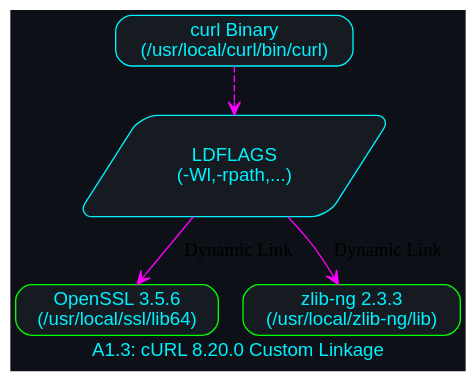
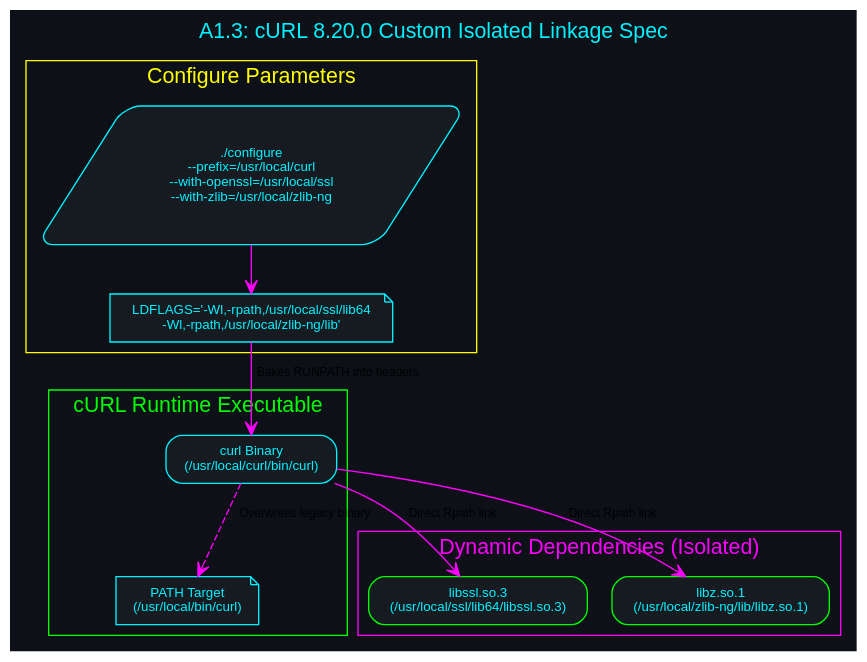
One commit to danindiana/hybrid-framework changed the diagram in diagrams/compilations/arch_curl_linkage.dot. Above: the diagram before and after it, drawn with Graphviz. The commit also changed 74 other files, not shown here.

Commit message:
docs: expand compilation diagrams to include detailed subgraphs and annotations

```diff
--- a/diagrams/compilations/arch_curl_linkage.dot
+++ b/diagrams/compilations/arch_curl_linkage.dot
@@ -1,14 +1,35 @@
-digraph ArchCurlLinkage {
-        graph [bgcolor="#0d1117", fontname="Helvetica", fontcolor="#00f2ff", label="A1.3: cURL 8.20.0 Custom Linkage"];
-        node [shape=box, style="filled,rounded", color="#00f2ff", fontcolor="#00f2ff", fillcolor="#161b22", fontname="Helvetica"];
-        edge [color="#ff00ff", arrowhead=vee];
+digraph ArchCurl {
+        graph [bgcolor="#0d1117", fontname="Helvetica", fontcolor="#00f2ff", label="A1.3: cURL 8.20.0 Custom Isolated Linkage Spec", labelloc="t", fontsize=16];
+        node [shape=box, style="filled,rounded", color="#00f2ff", fontcolor="#00f2ff", fillcolor="#161b22", fontname="Helvetica", fontsize=10];
+        edge [color="#ff00ff", arrowhead=vee, fontname="Helvetica", fontsize=9];
 
-        Curl_Binary [label="curl Binary\n(/usr/local/curl/bin/curl)"];
-        LDFLAGS [label="LDFLAGS\n(-Wl,-rpath,...)", shape=parallelogram];
-        OpenSSL [label="OpenSSL 3.5.6\n(/usr/local/ssl/lib64)", color="#00ff00"];
-        ZlibNg [label="zlib-ng 2.3.3\n(/usr/local/zlib-ng/lib)", color="#00ff00"];
+        subgraph cluster_curl_opts {
+            label = "Configure Parameters";
+            color = "#ffff00";
+            fontcolor = "#ffff00";
+            Opts [label="./configure\n--prefix=/usr/local/curl\n--with-openssl=/usr/local/ssl\n--with-zlib=/usr/local/zlib-ng", shape=parallelogram];
+            LdFlags [label="LDFLAGS='-Wl,-rpath,/usr/local/ssl/lib64\n-Wl,-rpath,/usr/local/zlib-ng/lib'", shape=note];
+            Opts -> LdFlags;
+        }
 
-        Curl_Binary -> LDFLAGS [style=dashed];
-        LDFLAGS -> OpenSSL [label="Dynamic Link"];
-        LDFLAGS -> ZlibNg [label="Dynamic Link"];
+        subgraph cluster_curl_bin {
+            label = "cURL Runtime Executable";
+            color = "#00ff00";
+            fontcolor = "#00ff00";
+            Curl_Bin [label="curl Binary\n(/usr/local/curl/bin/curl)"];
+            Curl_Symlink [label="PATH Target\n(/usr/local/bin/curl)", shape=note];
+            Curl_Bin -> Curl_Symlink [style=dashed, label="Overwrites legacy binary"];
+        }
+
+        subgraph cluster_curl_deps {
+            label = "Dynamic Dependencies (Isolated)";
+            color = "#ff00ff";
+            fontcolor = "#ff00ff";
+            SSL_Lib [label="libssl.so.3\n(/usr/local/ssl/lib64/libssl.so.3)", color="#00ff00"];
+            Zlib_Lib [label="libz.so.1\n(/usr/local/zlib-ng/lib/libz.so.1)", color="#00ff00"];
+        }
+
+        LdFlags -> Curl_Bin [label="Bakes RUNPATH into headers"];
+        Curl_Bin -> SSL_Lib [label="Direct Rpath link"];
+        Curl_Bin -> Zlib_Lib [label="Direct Rpath link"];
     }
```
